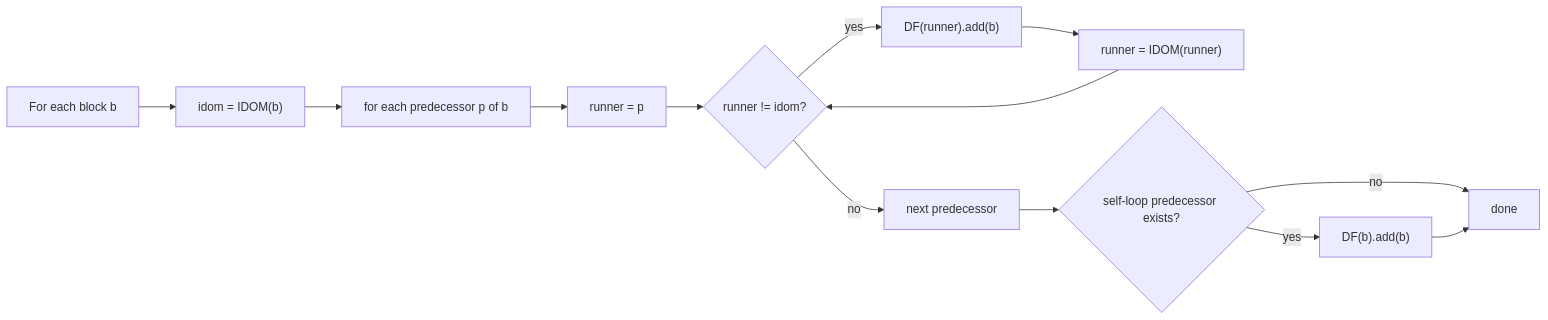
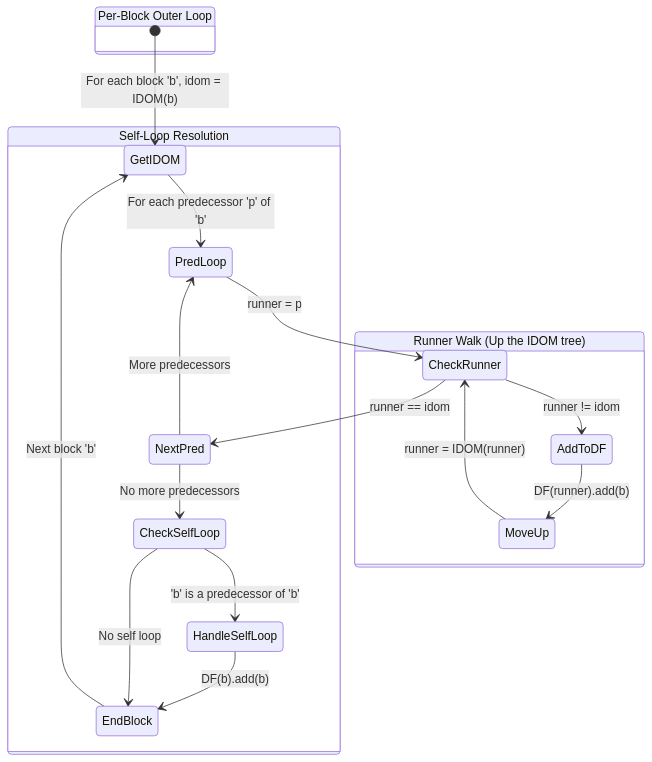
The second of 3 diagrams in docs/architecture/ssa-conversion.md (NitishM2022/MochaCompiler), drawn with Mermaid before and after one commit. The commit also changed other lines of this file and 8 other files, not shown here.

Commit message:
redid all diagrams

````diff
--- a/docs/architecture/ssa-conversion.md
+++ b/docs/architecture/ssa-conversion.md
@@ -79,15 +89,28 @@
 ```mermaid
-flowchart LR
-    A["For each block b"] --> B["idom = IDOM(b)"]
-    B --> C["for each predecessor p of b"]
-    C --> D["runner = p"]
-    D --> E{"runner != idom?"}
-    E -- "yes" --> F["DF(runner).add(b)"]
-    F --> G["runner = IDOM(runner)"]
-    G --> E
-    E -- "no" --> H["next predecessor"]
-    H --> I{"self-loop predecessor exists?"}
-    I -- "yes" --> J["DF(b).add(b)"]
-    I -- "no" --> K["done"]
-    J --> K
+stateDiagram-v2
+    state "Per-Block Outer Loop" as BlockLoop {
+        [*] --> GetIDOM : For each block 'b', idom = IDOM(b)
+        GetIDOM --> PredLoop : For each predecessor 'p' of 'b'
+    }
+
+    state "Runner Walk (Up the IDOM tree)" as RunnerWalk {
+        PredLoop --> CheckRunner : runner = p
+
+        CheckRunner --> AddToDF : runner != idom
+        AddToDF --> MoveUp : DF(runner).add(b)
+        MoveUp --> CheckRunner : runner = IDOM(runner)
+
+        CheckRunner --> NextPred : runner == idom
+    }
+
+    state "Self-Loop Resolution" as SelfLoop {
+        NextPred --> PredLoop : More predecessors
+        NextPred --> CheckSelfLoop : No more predecessors
+
+        CheckSelfLoop --> HandleSelfLoop : 'b' is a predecessor of 'b'
+        HandleSelfLoop --> EndBlock : DF(b).add(b)
+
+        CheckSelfLoop --> EndBlock : No self loop
+        EndBlock --> GetIDOM : Next block 'b'
+    }
 ```
````
